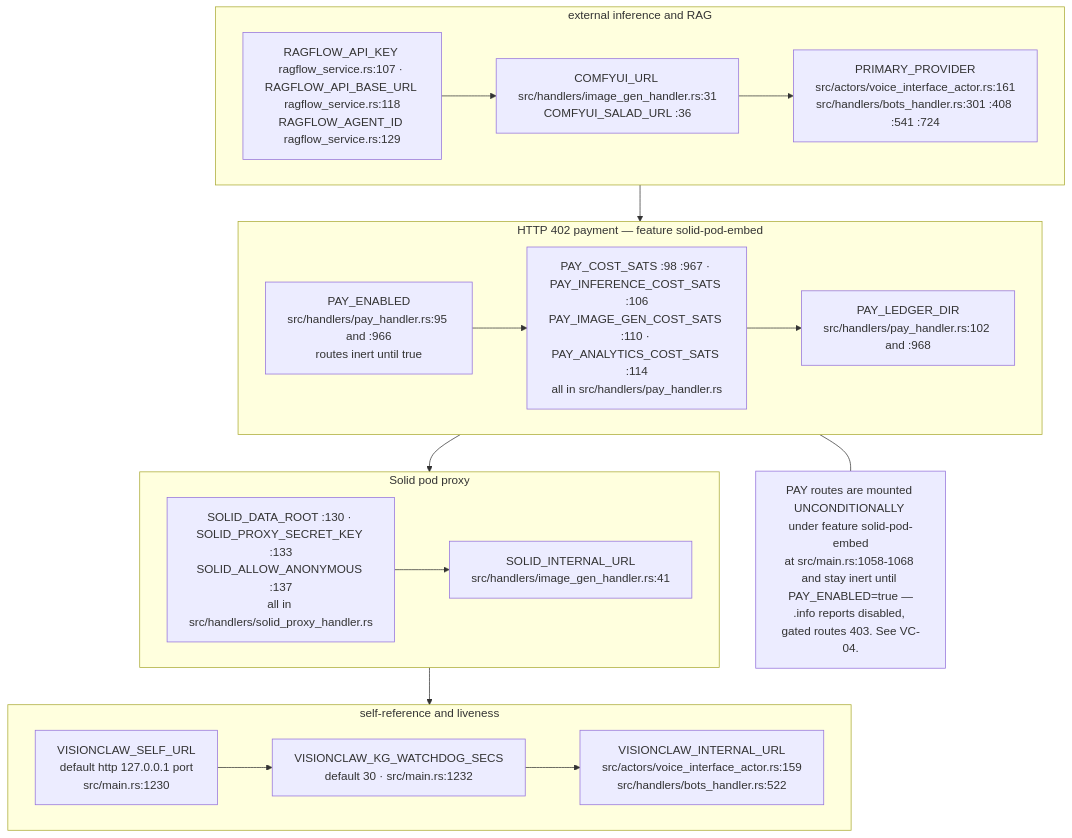
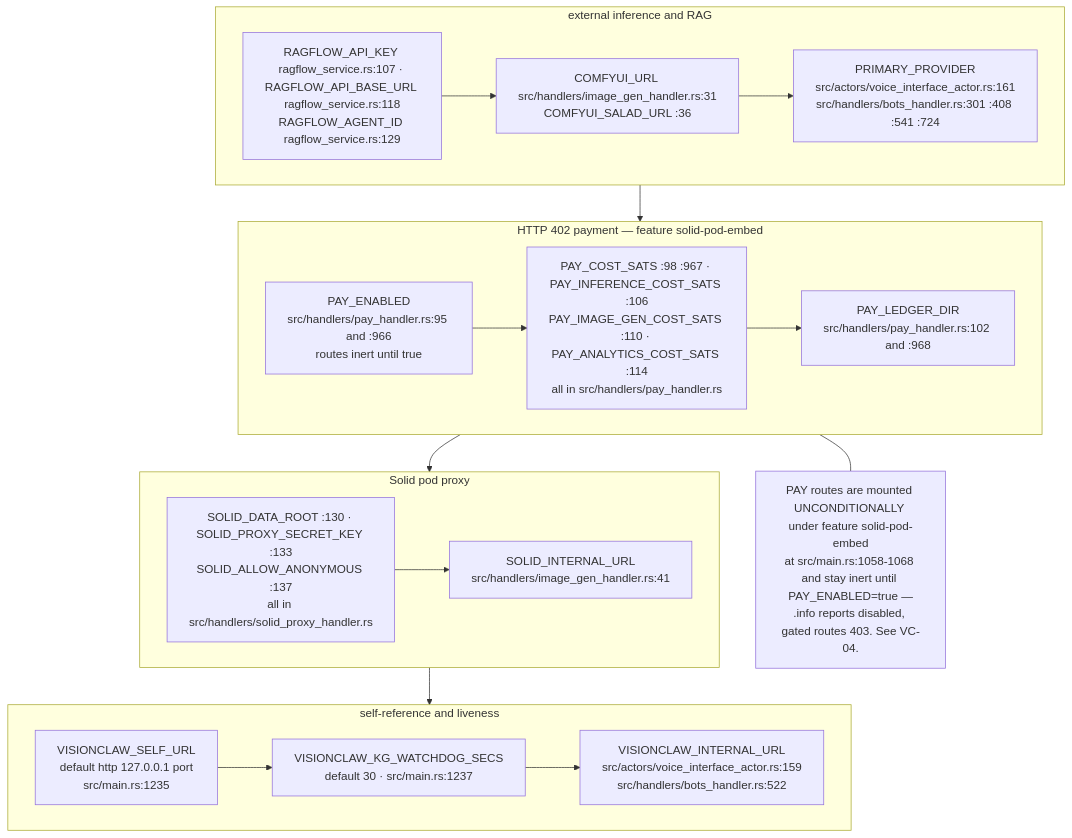
Before and after one commit to DreamLab-AI/VisionFlow: diagram 13 of 15 in docs/diagrams/visionclaw/09-config-and-env-flags.md, drawn with Mermaid. The commit also changed other lines of this file and 136 other files, not shown here.

First line of the commit message:
docs(diagrams): refresh the whole corpus to code HEAD and prune low-value diagrams

````diff
--- a/docs/diagrams/visionclaw/09-config-and-env-flags.md
+++ b/docs/diagrams/visionclaw/09-config-and-env-flags.md
@@ -487,18 +491,18 @@
 ```mermaid
 flowchart TB
     subgraph EXT["external inference and RAG"]
         X1["RAGFLOW_API_KEY ragflow_service.rs:107 · RAGFLOW_API_BASE_URL ragflow_service.rs:118<br/>RAGFLOW_AGENT_ID ragflow_service.rs:129"] --> X2["COMFYUI_URL src/handlers/image_gen_handler.rs:31<br/>COMFYUI_SALAD_URL :36"] --> X3["PRIMARY_PROVIDER<br/>src/actors/voice_interface_actor.rs:161<br/>src/handlers/bots_handler.rs:301 :408 :541 :724"]
     end
     subgraph PAY["HTTP 402 payment — feature solid-pod-embed"]
         P1["PAY_ENABLED<br/>src/handlers/pay_handler.rs:95 and :966<br/>routes inert until true"] --> P2["PAY_COST_SATS :98 :967 · PAY_INFERENCE_COST_SATS :106<br/>PAY_IMAGE_GEN_COST_SATS :110 · PAY_ANALYTICS_COST_SATS :114<br/>all in src/handlers/pay_handler.rs"] --> P3["PAY_LEDGER_DIR<br/>src/handlers/pay_handler.rs:102 and :968"]
     end
     subgraph SOLID["Solid pod proxy"]
         O1["SOLID_DATA_ROOT :130 · SOLID_PROXY_SECRET_KEY :133<br/>SOLID_ALLOW_ANONYMOUS :137<br/>all in src/handlers/solid_proxy_handler.rs"] --> O2["SOLID_INTERNAL_URL<br/>src/handlers/image_gen_handler.rs:41"]
     end
     subgraph SELF["self-reference and liveness"]
-        F1["VISIONCLAW_SELF_URL<br/>default http 127.0.0.1 port<br/>src/main.rs:1230"] --> F2["VISIONCLAW_KG_WATCHDOG_SECS<br/>default 30 · src/main.rs:1232"] --> F3["VISIONCLAW_INTERNAL_URL<br/>src/actors/voice_interface_actor.rs:159<br/>src/handlers/bots_handler.rs:522"]
+        F1["VISIONCLAW_SELF_URL<br/>default http 127.0.0.1 port<br/>src/main.rs:1235"] --> F2["VISIONCLAW_KG_WATCHDOG_SECS<br/>default 30 · src/main.rs:1237"] --> F3["VISIONCLAW_INTERNAL_URL<br/>src/actors/voice_interface_actor.rs:159<br/>src/handlers/bots_handler.rs:522"]
     end
     EXT --> PAY --> SOLID --> SELF
     N5["PAY routes are mounted UNCONDITIONALLY under feature solid-pod-embed<br/>at src/main.rs:1058-1068 and stay inert until PAY_ENABLED=true —<br/>.info reports disabled, gated routes 403. See VC-04."]
     PAY --- N5
 ```
````
